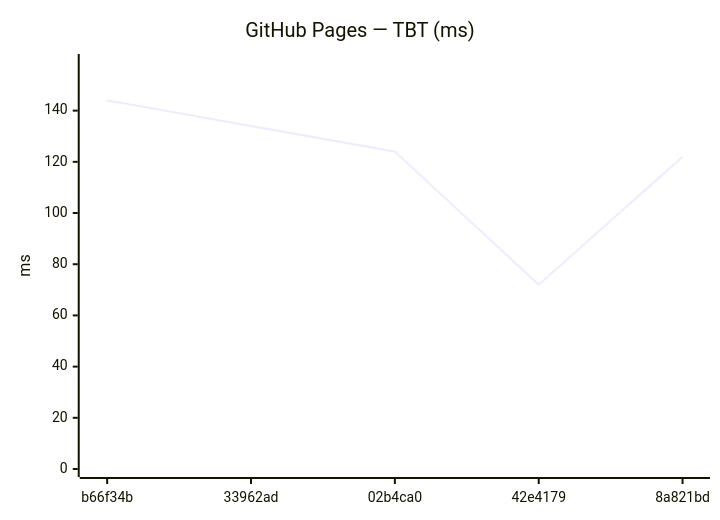
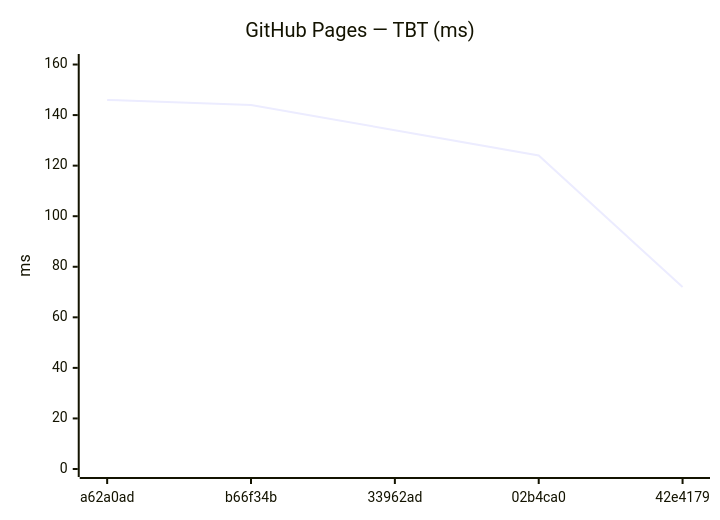
Before and after one commit to Metaheurist/Rianell: the tenth of 18 diagrams in benchmarks/compare.md, drawn with Mermaid. The commit also changed other lines of this file and 11 other files, not shown here.

````diff
--- a/benchmarks/compare.md
+++ b/benchmarks/compare.md
@@ -149,7 +149,7 @@
 ```mermaid
 xychart-beta
     title "GitHub Pages — TBT (ms)"
-    x-axis ["b66f34b", "33962ad", "02b4ca0", "42e4179", "8a821bd"]
-    y-axis "ms" 0 --> 159
-    line [144, 134, 124, 72, 122]
+    x-axis ["a62a0ad", "b66f34b", "33962ad", "02b4ca0", "42e4179"]
+    y-axis "ms" 0 --> 161
+    line [146, 144, 134, 124, 72]
 ```
````
